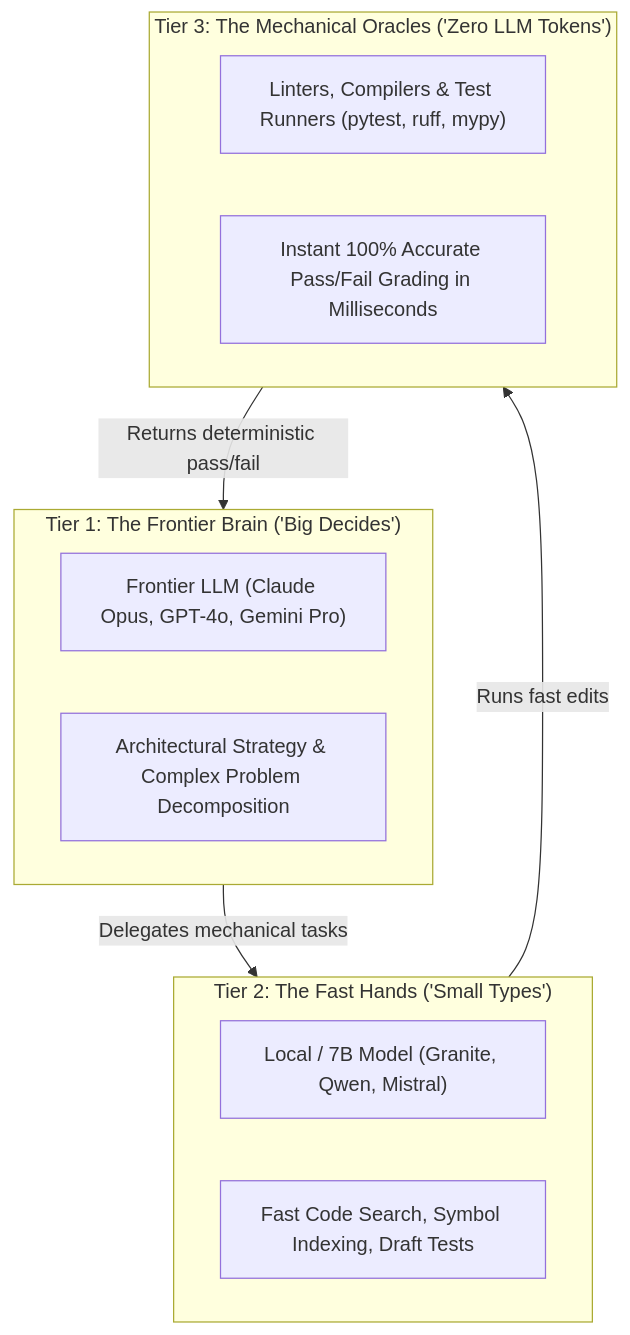
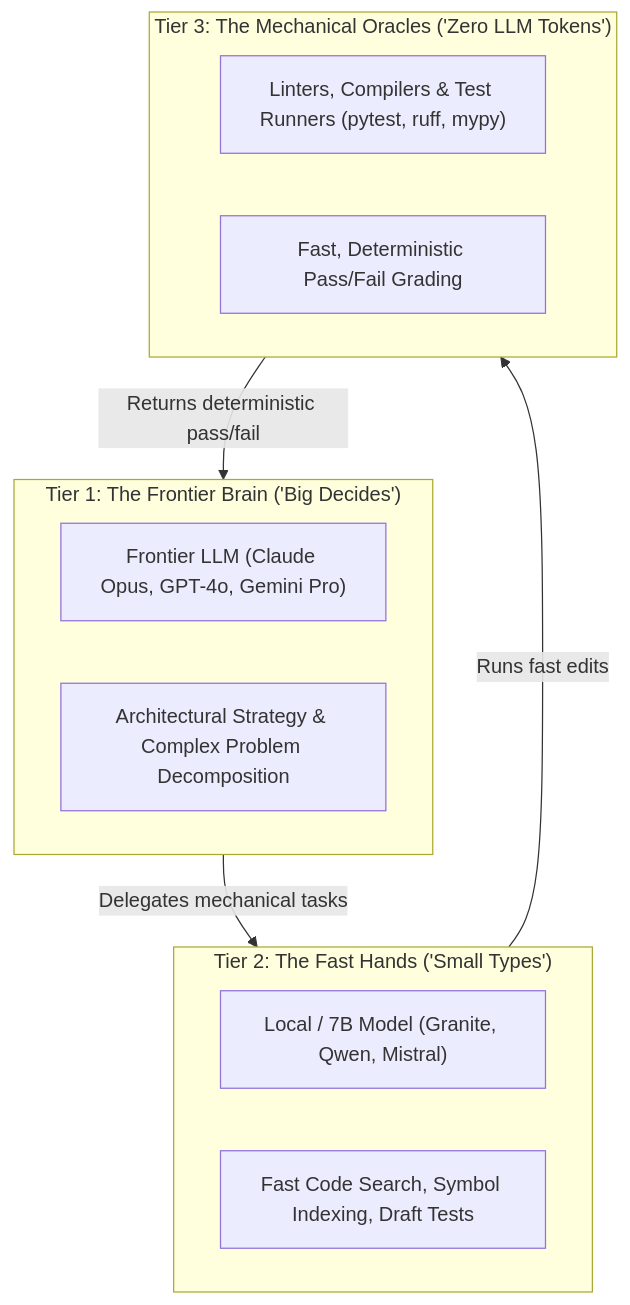
Before and after one commit to dan-petty/vibes: the diagram in docs/dummysguide/07-smart-brains-and-fast-hands.md, drawn with Mermaid. The commit also changed other lines of this file and 248 other files, not shown here.

````diff
--- a/docs/dummysguide/07-smart-brains-and-fast-hands.md
+++ b/docs/dummysguide/07-smart-brains-and-fast-hands.md
@@ -37,21 +37,21 @@
 ```mermaid
 flowchart TD
     subgraph Tier1 ["Tier 1: The Frontier Brain ('Big Decides')"]
         M1["Frontier LLM (Claude Opus, GPT-4o, Gemini Pro)"]
         D1["Architectural Strategy & Complex Problem Decomposition"]
     end
 
     subgraph Tier2 ["Tier 2: The Fast Hands ('Small Types')"]
         M2["Local / 7B Model (Granite, Qwen, Mistral)"]
         D2["Fast Code Search, Symbol Indexing, Draft Tests"]
     end
 
     subgraph Tier3 ["Tier 3: The Mechanical Oracles ('Zero LLM Tokens')"]
         M3["Linters, Compilers & Test Runners (pytest, ruff, mypy)"]
-        D3["Instant 100% Accurate Pass/Fail Grading in Milliseconds"]
+        D3["Fast, Deterministic Pass/Fail Grading"]
     end
 
     Tier1 -->|"Delegates mechanical tasks"| Tier2
     Tier2 -->|"Runs fast edits"| Tier3
     Tier3 -->|"Returns deterministic pass/fail"| Tier1
 ```
````
